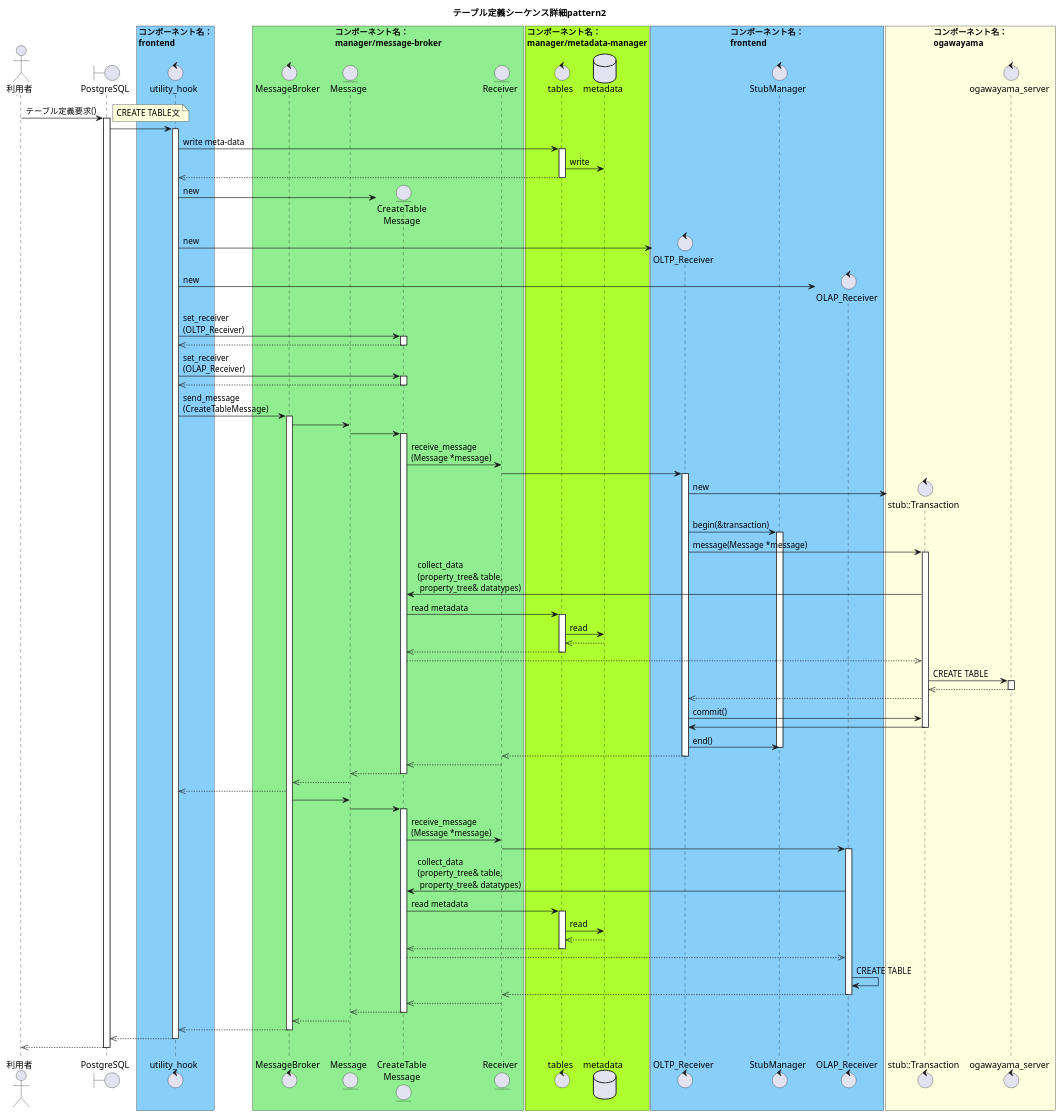
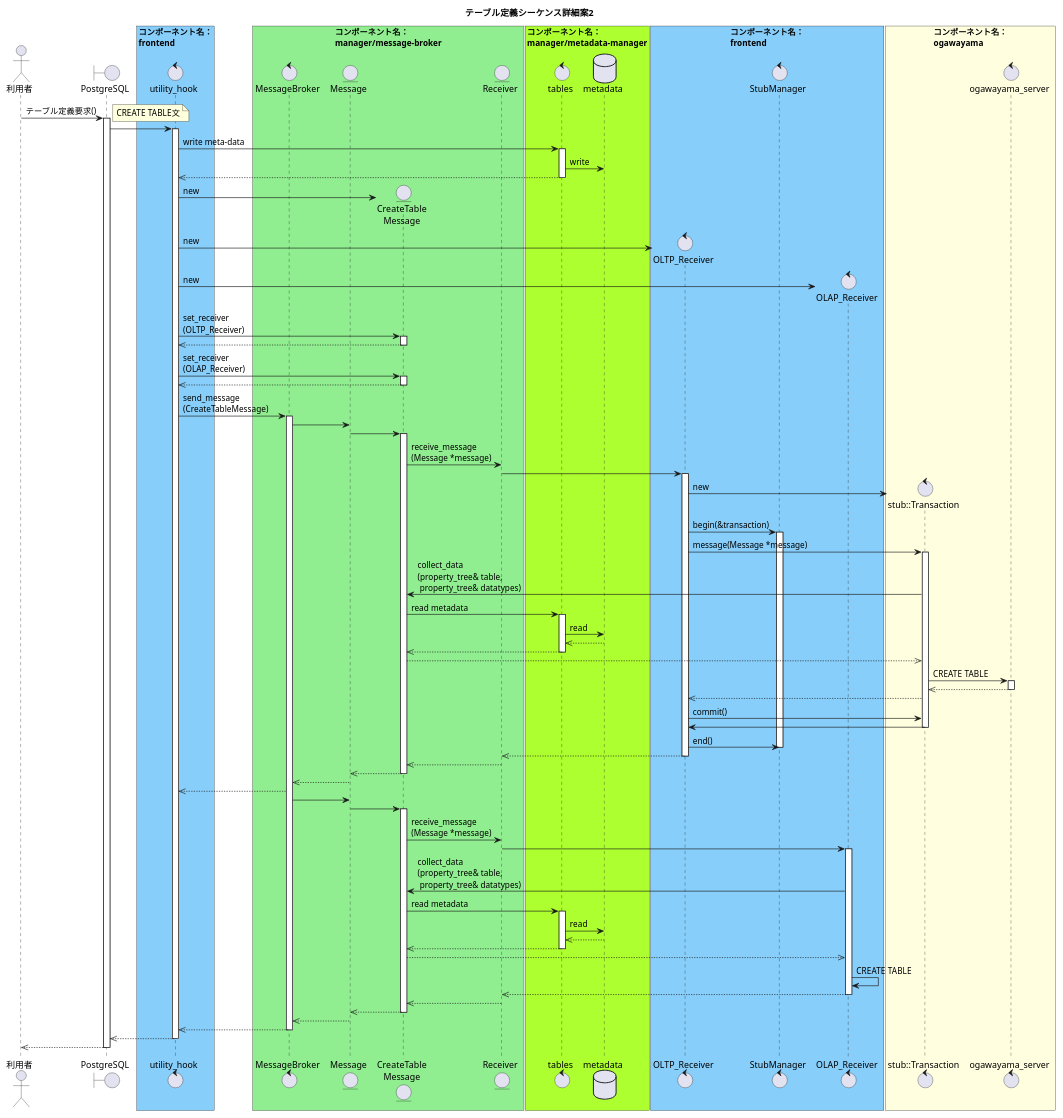
Before and after one commit to project-tsurugi/tsurugi_fdw: the second of 2 diagrams in docs/design/img/CREATE_TABLE_detail.pu, drawn with PlantUML. The commit also changed other lines of this file and 5 other files, not shown here.

```diff
--- a/docs/design/img/CREATE_TABLE_detail.pu
+++ b/docs/design/img/CREATE_TABLE_detail.pu
@@ -151,140 +151,140 @@
-@startuml テーブル定義シーケンス詳細pattern2
+@startuml テーブル定義シーケンス詳細案2
 
-title テーブル定義シーケンス詳細pattern2
+title テーブル定義シーケンス詳細案2
 
 actor 利用者
 boundary PostgreSQL
 
 box "コンポーネント名：\nfrontend" #LightSkyBlue
 control utility_hook
 end box
 
 box "コンポーネント名：\nmanager/message-broker" #LightGreen
 control MessageBroker
 entity Message
 entity "CreateTable\nMessage" as concrete_message
 entity Receiver
 end box
 
 box "コンポーネント名：\nmanager/metadata-manager" #GreenYellow
 control tables
 database metadata
 end box
 
 box "コンポーネント名：\nfrontend" #LightSkyBlue
 control "OLTP_Receiver" as oltp_receiver
 control StubManager
 control "OLAP_Receiver" as olap_receiver
 end box
 
 box "コンポーネント名：\nogawayama" #LightYellow
 control "stub::Transaction" as tran
 control ogawayama_server
 end box
 
 利用者 -> PostgreSQL : テーブル定義要求()
 activate PostgreSQL
 note right
 CREATE TABLE文
 end note
 
 PostgreSQL -> utility_hook
 activate utility_hook
   ' write meta-data
   utility_hook -> tables : write meta-data
   activate tables
     tables -> metadata : write
     utility_hook <<-- tables
   deactivate tables
 
   ' create objects
   create concrete_message
   utility_hook -> concrete_message : new
   create oltp_receiver
   utility_hook -> oltp_receiver : new
   create olap_receiver
   utility_hook -> olap_receiver : new
 
   ' set receiver
   utility_hook -> concrete_message : set_receiver\n(OLTP_Receiver)
   activate concrete_message
     utility_hook <<-- concrete_message
   deactivate concrete_message
   utility_hook -> concrete_message : set_receiver\n(OLAP_Receiver)
   activate concrete_message
     utility_hook <<-- concrete_message
   deactivate concrete_message
 
   ' send message to MessageBroker
   utility_hook -> MessageBroker : send_message\n(CreateTableMessage)
   activate MessageBroker
 
   ' execute command
   MessageBroker -> Message
   Message -> concrete_message
   activate concrete_message
     concrete_message -> Receiver : receive_message\n(Message *message)
     Receiver -> oltp_receiver
 
   ' begin transaction
   create tran
   activate oltp_receiver
   oltp_receiver -> tran : new
   oltp_receiver -> StubManager : begin(&transaction)
   activate StubManager
   oltp_receiver -> tran : message(Message *message)
   activate tran
     tran -> concrete_message : collect_data\n(property_tree& table,\n property_tree& datatypes)
     concrete_message -> tables : read metadata
       activate tables
       tables -> metadata : read
       tables <<-- metadata
       concrete_message <<-- tables
       deactivate tables
         tran <<-- concrete_message
         tran -> ogawayama_server : CREATE TABLE
           activate ogawayama_server
             tran <<-- ogawayama_server
           deactivate ogawayama_server
         oltp_receiver <<-- tran
         oltp_receiver -> tran : commit()
         tran -> oltp_receiver
       deactivate tran
     oltp_receiver -> StubManager : end()
     deactivate StubManager
     Receiver <<-- oltp_receiver
     deactivate oltp_receiver
     concrete_message <<-- Receiver
   Message <<-- concrete_message
   deactivate concrete_message
   MessageBroker <<-- Message
   utility_hook <<-- MessageBroker
   MessageBroker -> Message
   Message -> concrete_message
   activate concrete_message
     concrete_message -> Receiver : receive_message\n(Message *message)
     Receiver -> olap_receiver
     activate olap_receiver
       olap_receiver -> concrete_message: collect_data\n(property_tree& table,\n property_tree& datatypes)
       concrete_message -> tables: read metadata
       activate tables
       tables -> metadata : read
       tables <<-- metadata
       concrete_message <<-- tables
       deactivate tables
       olap_receiver <<-- concrete_message
       olap_receiver -> olap_receiver : CREATE TABLE
       Receiver <<-- olap_receiver
       deactivate olap_receiver
       concrete_message <<-- Receiver
   Message <<-- concrete_message
   deactivate concrete_message
   MessageBroker <<-- Message
   utility_hook <<-- MessageBroker
   deactivate MessageBroker
 PostgreSQL <<-- utility_hook
 deactivate utility_hook
 利用者 <<-- PostgreSQL
 deactivate PostgreSQL
 
 @enduml
```
